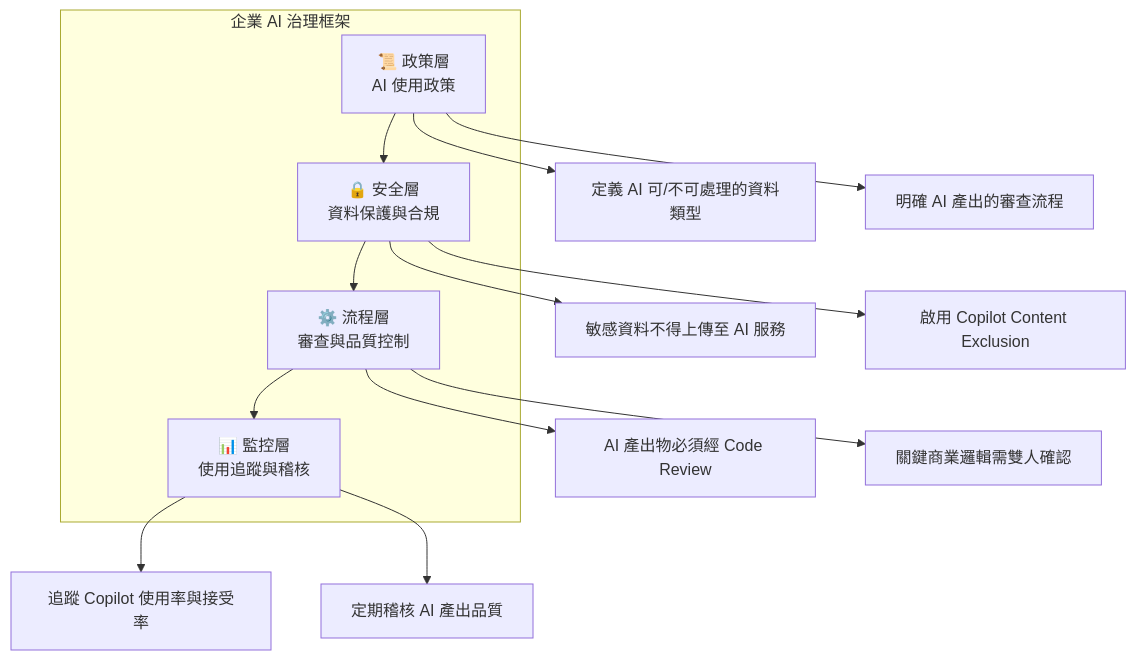
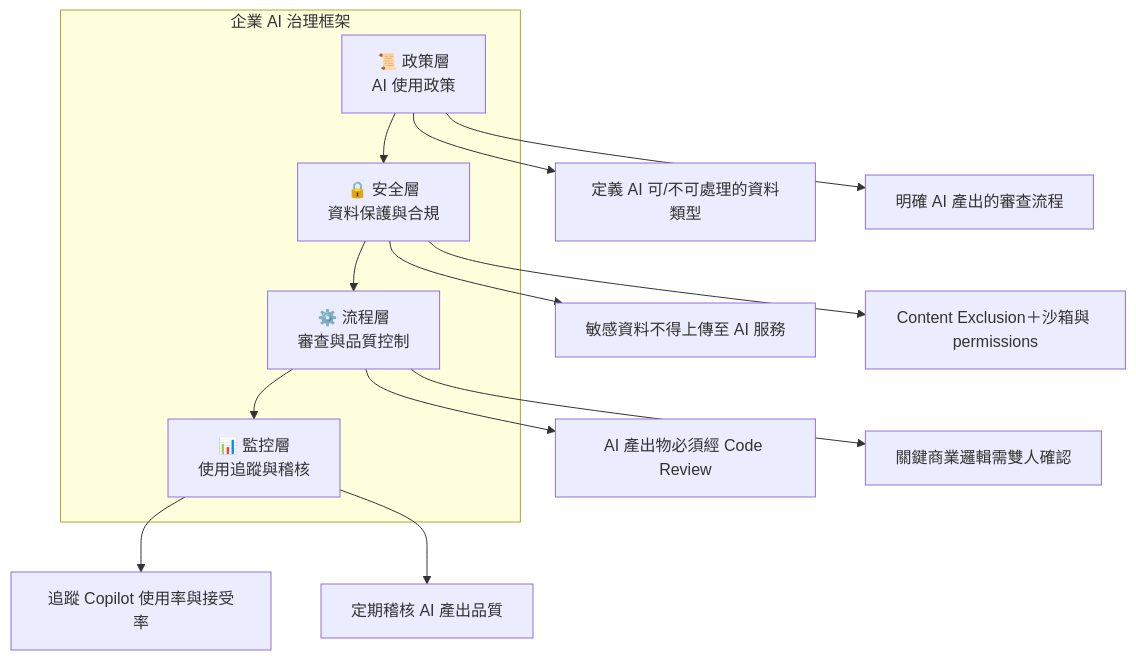
Before and after one commit to chihhung/Blog: diagram 31 of 36 in content/posts/教學/AI開發/GitHub Copilot 逆向工程教學手冊.md, drawn with Mermaid. The commit also changed other lines of this file and 4 other files, not shown here.

````diff
--- a/content/posts/教學/AI開發/GitHub Copilot 逆向工程教學手冊.md
+++ b/content/posts/教學/AI開發/GitHub Copilot 逆向工程教學手冊.md
@@ -3072,17 +3833,17 @@
 ```mermaid
 flowchart TB
     subgraph "企業 AI 治理框架"
         A["📜 政策層<br/>AI 使用政策"] --> B["🔒 安全層<br/>資料保護與合規"]
         B --> C["⚙️ 流程層<br/>審查與品質控制"]
         C --> D["📊 監控層<br/>使用追蹤與稽核"]
     end
     
     A --> A1["定義 AI 可/不可處理的資料類型"]
     A --> A2["明確 AI 產出的審查流程"]
     B --> B1["敏感資料不得上傳至 AI 服務"]
-    B --> B2["啟用 Copilot Content Exclusion"]
+    B --> B2["Content Exclusion＋沙箱與 permissions"]
     C --> C1["AI 產出物必須經 Code Review"]
     C --> C2["關鍵商業邏輯需雙人確認"]
     D --> D1["追蹤 Copilot 使用率與接受率"]
     D --> D2["定期稽核 AI 產出品質"]
 ```
````
